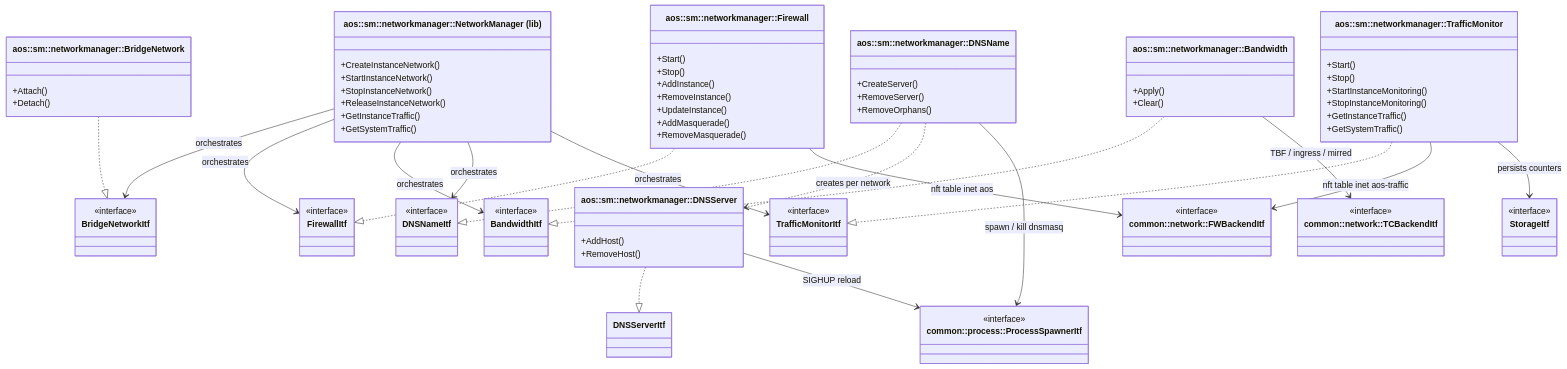
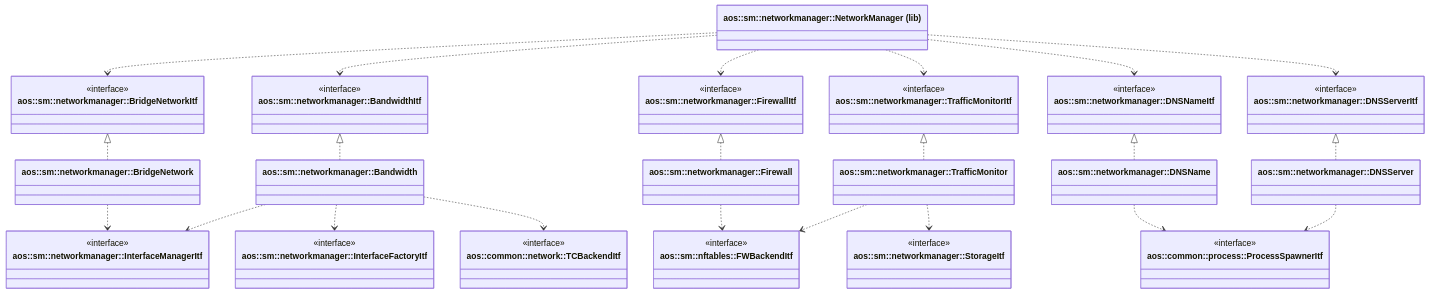
The first of 2 diagrams in src/sm/networkmanager/networkmanager.md (MykolaSuperman/aos_core_cpp), drawn with Mermaid before and after one commit. The commit also changed other lines of this file, not shown here.

Commit message:
sm: networkmanager: update documentation according to implementation

````diff
--- a/src/sm/networkmanager/networkmanager.md
+++ b/src/sm/networkmanager/networkmanager.md
@@ -26,95 +51,85 @@
 ```mermaid
 classDiagram
-    class NetworkManager["aos::sm::networkmanager::NetworkManager (lib)"] {
-        +CreateInstanceNetwork()
-        +StartInstanceNetwork()
-        +StopInstanceNetwork()
-        +ReleaseInstanceNetwork()
-        +GetInstanceTraffic()
-        +GetSystemTraffic()
+    direction TB
+
+    class NetworkManager ["aos::sm::networkmanager::NetworkManager (lib)"] {
     }
 
-    class BridgeNetwork["aos::sm::networkmanager::BridgeNetwork"] {
-        +Attach()
-        +Detach()
-    }
-    class Firewall["aos::sm::networkmanager::Firewall"] {
-        +Start()
-        +Stop()
-        +AddInstance()
-        +RemoveInstance()
-        +UpdateInstance()
-        +AddMasquerade()
-        +RemoveMasquerade()
-    }
-    class Bandwidth["aos::sm::networkmanager::Bandwidth"] {
-        +Apply()
-        +Clear()
-    }
-    class DNSName["aos::sm::networkmanager::DNSName"] {
-        +CreateServer()
-        +RemoveServer()
-        +RemoveOrphans()
-    }
-    class DNSServer["aos::sm::networkmanager::DNSServer"] {
-        +AddHost()
-        +RemoveHost()
-    }
-    class TrafficMonitor["aos::sm::networkmanager::TrafficMonitor"] {
-        +Start()
-        +Stop()
-        +StartInstanceMonitoring()
-        +StopInstanceMonitoring()
-        +GetInstanceTraffic()
-        +GetSystemTraffic()
-    }
-
-    class BridgeNetworkItf["BridgeNetworkItf"] {
+    class BridgeNetworkItf ["aos::sm::networkmanager::BridgeNetworkItf"] {
         <<interface>>
     }
-    class FirewallItf["FirewallItf"] {
+    class BandwidthItf ["aos::sm::networkmanager::BandwidthItf"] {
         <<interface>>
     }
-    class BandwidthItf["BandwidthItf"] {
+    class FirewallItf ["aos::sm::networkmanager::FirewallItf"] {
         <<interface>>
     }
-    class DNSNameItf["DNSNameItf"] {
+    class TrafficMonitorItf ["aos::sm::networkmanager::TrafficMonitorItf"] {
         <<interface>>
     }
-    class TrafficMonitorItf["TrafficMonitorItf"] {
+    class DNSNameItf ["aos::sm::networkmanager::DNSNameItf"] {
         <<interface>>
     }
-    class FWBackendItf["common::network::FWBackendItf"] {
-        <<interface>>
-    }
-    class TCBackendItf["common::network::TCBackendItf"] {
-        <<interface>>
-    }
-    class ProcessSpawnerItf["common::process::ProcessSpawnerItf"] {
-        <<interface>>
-    }
-    class StorageItf["StorageItf"] {
+    class DNSServerItf ["aos::sm::networkmanager::DNSServerItf"] {
         <<interface>>
     }
 
-    BridgeNetwork ..|> BridgeNetworkItf
-    Firewall ..|> FirewallItf
-    Bandwidth ..|> BandwidthItf
-    DNSName ..|> DNSNameItf
-    DNSServer ..|> DNSServerItf
-    TrafficMonitor ..|> TrafficMonitorItf
+    class BridgeNetwork ["aos::sm::networkmanager::BridgeNetwork"] {
+    }
+    class Bandwidth ["aos::sm::networkmanager::Bandwidth"] {
+    }
+    class Firewall ["aos::sm::networkmanager::Firewall"] {
+    }
+    class TrafficMonitor ["aos::sm::networkmanager::TrafficMonitor"] {
+    }
+    class DNSName ["aos::sm::networkmanager::DNSName"] {
+    }
+    class DNSServer ["aos::sm::networkmanager::DNSServer"] {
+    }
 
-    NetworkManager --> BridgeNetworkItf : orchestrates
-    NetworkManager --> FirewallItf : orchestrates
-    NetworkManager --> BandwidthItf : orchestrates
-    NetworkManager --> DNSNameItf : orchestrates
-    NetworkManager --> TrafficMonitorItf : orchestrates
+    class InterfaceManagerItf ["aos::sm::networkmanager::InterfaceManagerItf"] {
+        <<interface>>
+    }
+    class InterfaceFactoryItf ["aos::sm::networkmanager::InterfaceFactoryItf"] {
+        <<interface>>
+    }
+    class TCBackendItf ["aos::common::network::TCBackendItf"] {
+        <<interface>>
+    }
+    class FWBackendItf ["aos::sm::nftables::FWBackendItf"] {
+        <<interface>>
+    }
+    class StorageItf ["aos::sm::networkmanager::StorageItf"] {
+        <<interface>>
+    }
+    class ProcessSpawnerItf ["aos::common::process::ProcessSpawnerItf"] {
+        <<interface>>
+    }
 
-    Firewall --> FWBackendItf : nft table inet aos
-    TrafficMonitor --> FWBackendItf : nft table inet aos-traffic
-    TrafficMonitor --> StorageItf : persists counters
-    Bandwidth --> TCBackendItf : TBF / ingress / mirred
-    DNSName ..> DNSServer : creates per network
-    DNSName --> ProcessSpawnerItf : spawn / kill dnsmasq
-    DNSServer --> ProcessSpawnerItf : SIGHUP reload
+    %% library -> required interfaces
+    NetworkManager ..> BridgeNetworkItf
+    NetworkManager ..> BandwidthItf
+    NetworkManager ..> FirewallItf
+    NetworkManager ..> TrafficMonitorItf
+    NetworkManager ..> DNSNameItf
+    NetworkManager ..> DNSServerItf
+
+    %% interfaces <- platform implementations
+    BridgeNetworkItf <|.. BridgeNetwork
+    BandwidthItf <|.. Bandwidth
+    FirewallItf <|.. Firewall
+    TrafficMonitorItf <|.. TrafficMonitor
+    DNSNameItf <|.. DNSName
+    DNSServerItf <|.. DNSServer
+
+    %% implementations -> backends
+    BridgeNetwork ..> InterfaceManagerItf
+    Bandwidth ..> InterfaceManagerItf
+    Bandwidth ..> InterfaceFactoryItf
+    Bandwidth ..> TCBackendItf
+    Firewall ..> FWBackendItf
+    TrafficMonitor ..> FWBackendItf
+    TrafficMonitor ..> StorageItf
+    DNSName ..> ProcessSpawnerItf
+    DNSServer ..> ProcessSpawnerItf
 ```
````
